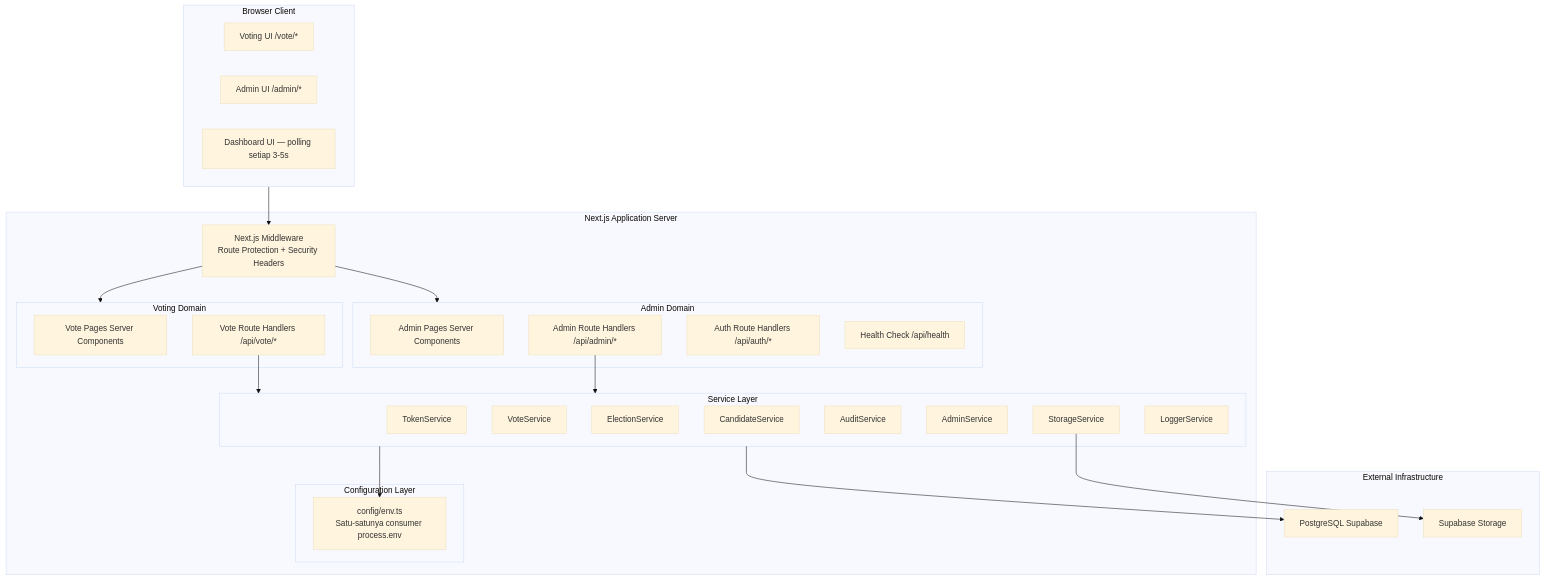
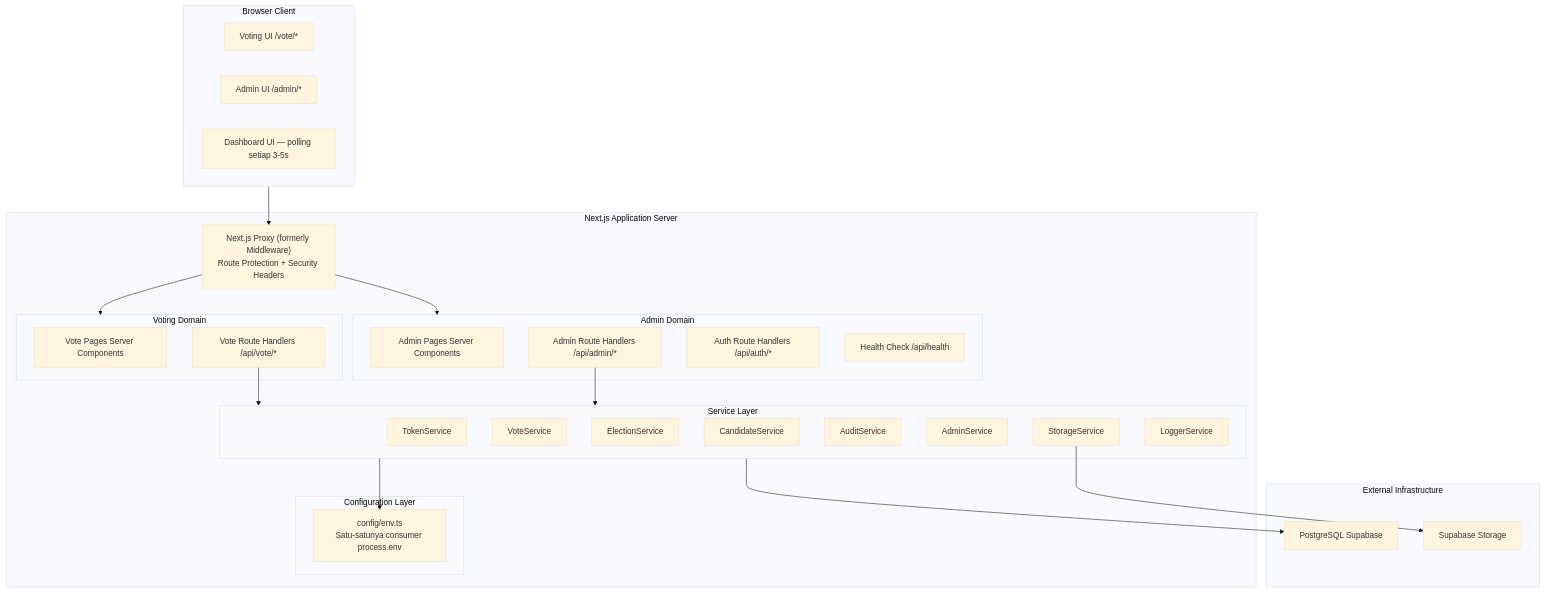
Before and after one commit to Claritys11/web-pilketos: the second of 13 diagrams in docs/02_SYSTEM_ARCHITECTURE.md, drawn with Mermaid (base theme). The commit also changed other lines of this file and 72 other files, not shown here.

````diff
--- a/docs/02_SYSTEM_ARCHITECTURE.md
+++ b/docs/02_SYSTEM_ARCHITECTURE.md
@@ -78,53 +79,53 @@
 ```mermaid
 graph TB
     subgraph Browser["Browser Client"]
         VotingUI["Voting UI /vote/*"]
         AdminUI["Admin UI /admin/*"]
         DashboardUI["Dashboard UI — polling setiap 3-5s"]
     end
 
     subgraph NextJS["Next.js Application Server"]
-        Middleware["Next.js Middleware\nRoute Protection + Security Headers"]
+        Middleware["Next.js Proxy (formerly Middleware)\nRoute Protection + Security Headers"]
 
         subgraph VotingDomain["Voting Domain"]
             VotePages["Vote Pages Server Components"]
             VoteAPI["Vote Route Handlers /api/vote/*"]
         end
 
         subgraph AdminDomain["Admin Domain"]
             AdminPages["Admin Pages Server Components"]
             AdminAPI["Admin Route Handlers /api/admin/*"]
             AuthAPI["Auth Route Handlers /api/auth/*"]
             HealthAPI["Health Check /api/health"]
         end
 
         subgraph ServiceLayer["Service Layer"]
             TokenSvc["TokenService"]
             VoteSvc["VoteService"]
             ElectionSvc["ElectionService"]
             CandidateSvc["CandidateService"]
             AuditSvc["AuditService"]
             AdminSvc["AdminService"]
             StorageSvc["StorageService"]
             LoggerSvc["LoggerService"]
         end
 
         subgraph ConfigLayer["Configuration Layer"]
             EnvConfig["config/env.ts\nSatu-satunya consumer process.env"]
         end
     end
 
     subgraph Infrastructure["External Infrastructure"]
         PostgreSQL["PostgreSQL Supabase"]
         Storage["Supabase Storage"]
     end
 
     Browser --> Middleware
     Middleware --> VotingDomain
     Middleware --> AdminDomain
     VoteAPI --> ServiceLayer
     AdminAPI --> ServiceLayer
     ServiceLayer --> EnvConfig
     ServiceLayer --> PostgreSQL
     StorageSvc --> Storage
 ```
````
